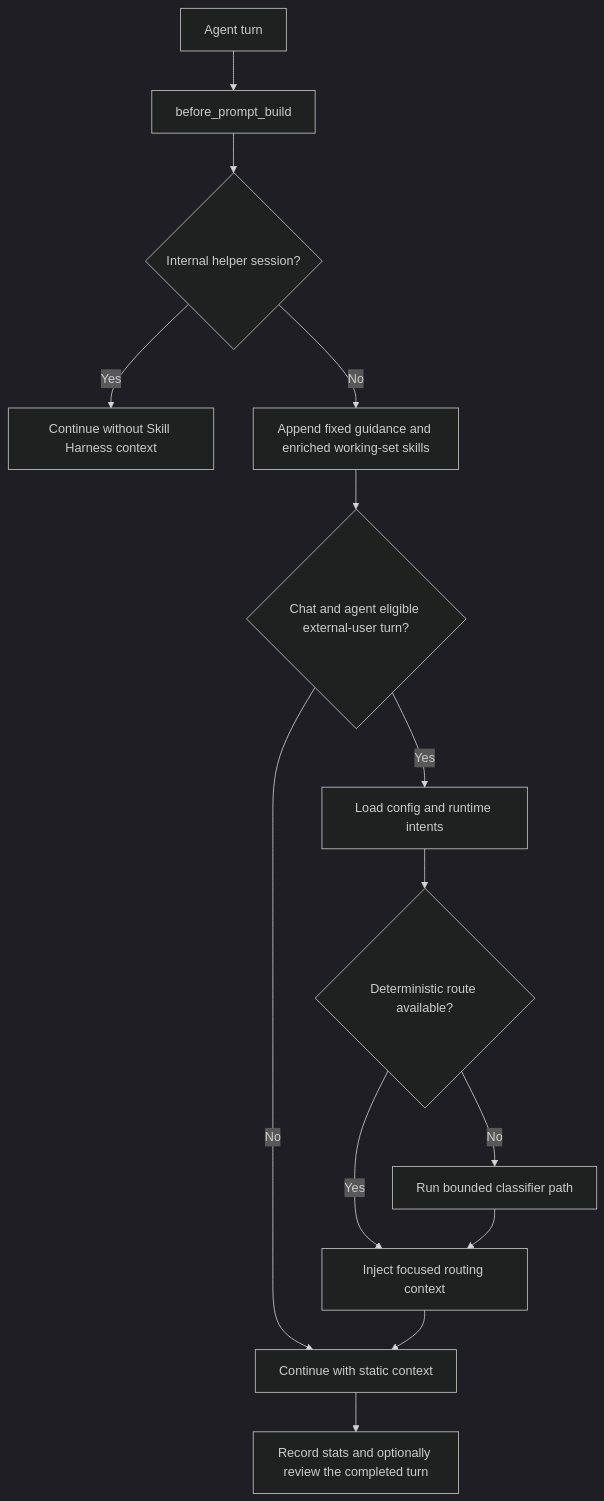
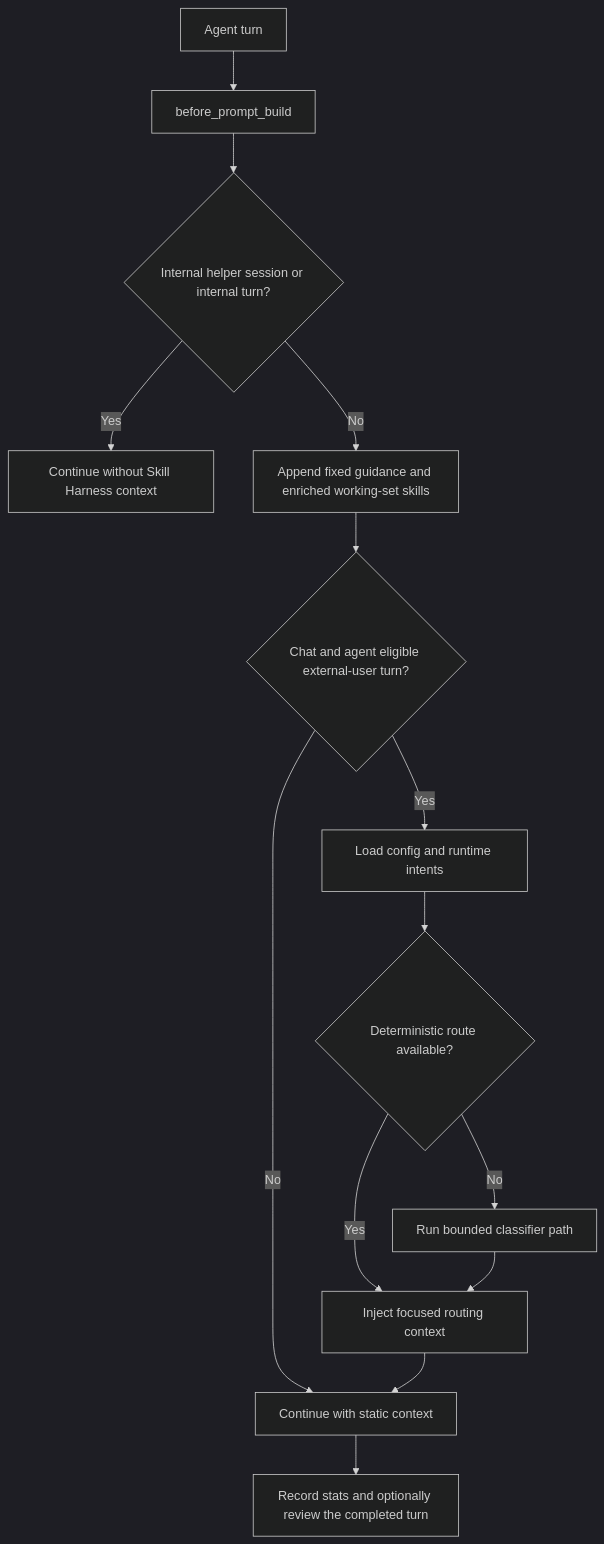
Before and after one commit to ani6439walc/openclaw-plugin-skill-harness: the diagram in README.md, drawn with Mermaid (dark theme). The commit also changed other lines of this file and 3 other files, not shown here.

Commit message:
fix: skip static context injection for inter-session and internal system turns

````diff
--- a/README.md
+++ b/README.md
@@ -91,16 +91,16 @@
 ```mermaid
 graph TD
   A[Agent turn] --> B[before_prompt_build]
-  B --> C{Internal helper session?}
+  B --> C{Internal helper session or internal turn?}
   C -->|Yes| Z[Continue without Skill Harness context]
   C -->|No| D[Append fixed guidance and enriched working-set skills]
   D --> E{Chat and agent eligible external-user turn?}
   E -->|No| M[Continue with static context]
   E -->|Yes| F[Load config and runtime intents]
   F --> G{Deterministic route available?}
   G -->|Yes| H[Inject focused routing context]
   G -->|No| I[Run bounded classifier path]
   I --> H
   H --> M
   M --> N[Record stats and optionally review the completed turn]
 ```
````
